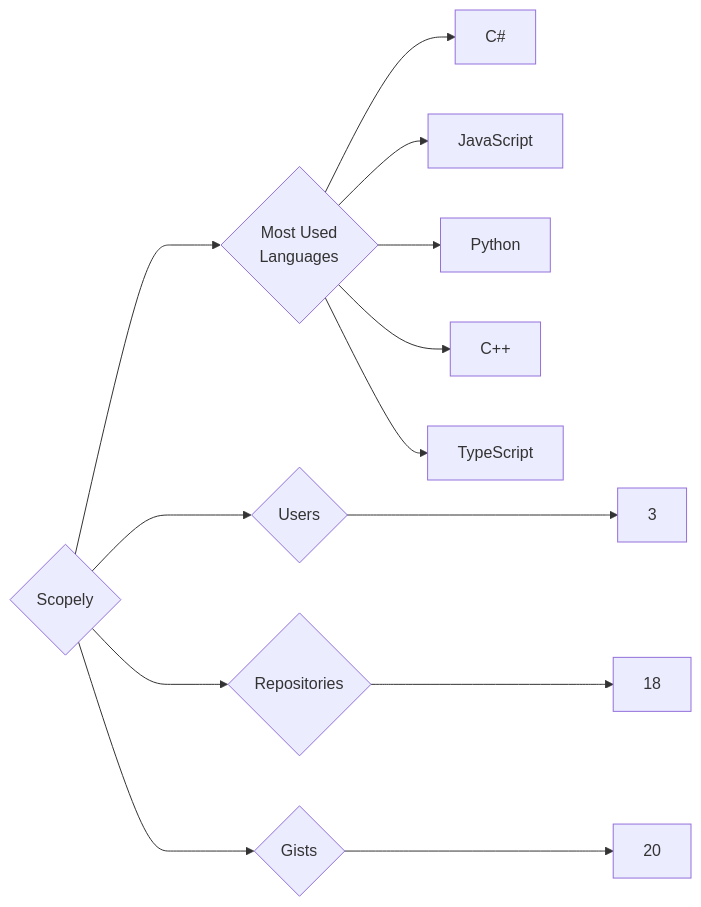
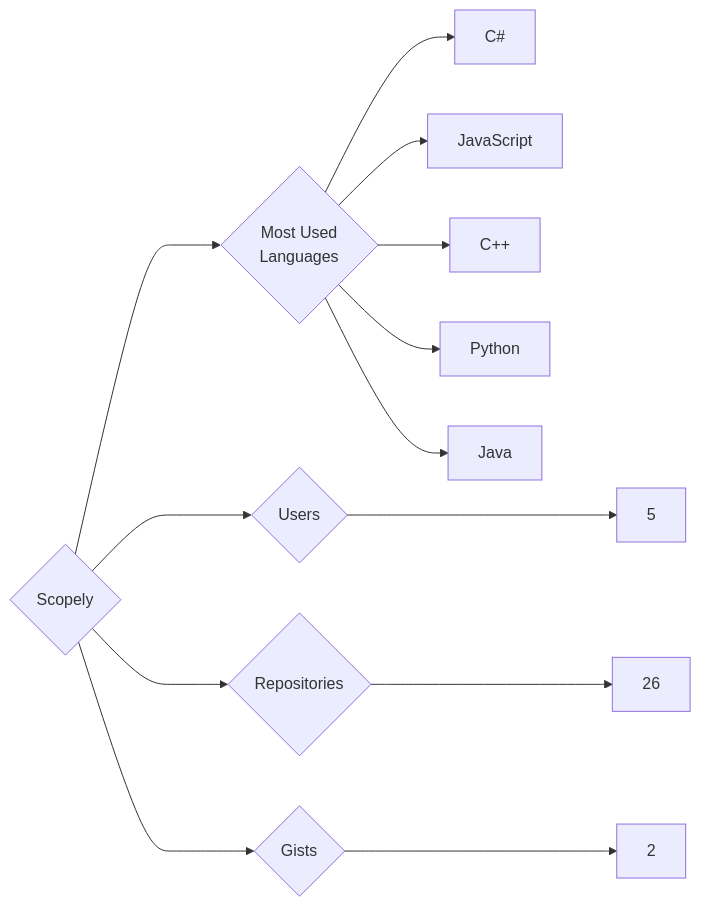
Before and after one commit to trickest/insiders: the diagram in targets/Scopely/README.md, drawn with Mermaid. The commit also changed 948 other files, not shown here.

````diff
--- a/targets/Scopely/README.md
+++ b/targets/Scopely/README.md
@@ -3,13 +3,13 @@
 ```mermaid
 graph LR
 COMPANY_NAME{Scopely}
-COMPANY_NAME ---> U{Users} ---> UN[3]
-COMPANY_NAME ---> R{Repositories} ---> RN[18]
-COMPANY_NAME ---> G{Gists} ---> GN[20]
+COMPANY_NAME ---> U{Users} ---> UN[5]
+COMPANY_NAME ---> R{Repositories} ---> RN[26]
+COMPANY_NAME ---> G{Gists} ---> GN[2]
 COMPANY_NAME ---> ML{Most Used<br>Languages}
 ML --> C#[C#]
 ML --> JavaScript[JavaScript]
+ML --> C++[C++]
 ML --> Python[Python]
-ML --> C++[C++]
-ML --> TypeScript[TypeScript]
+ML --> Java[Java]
 ```
````
